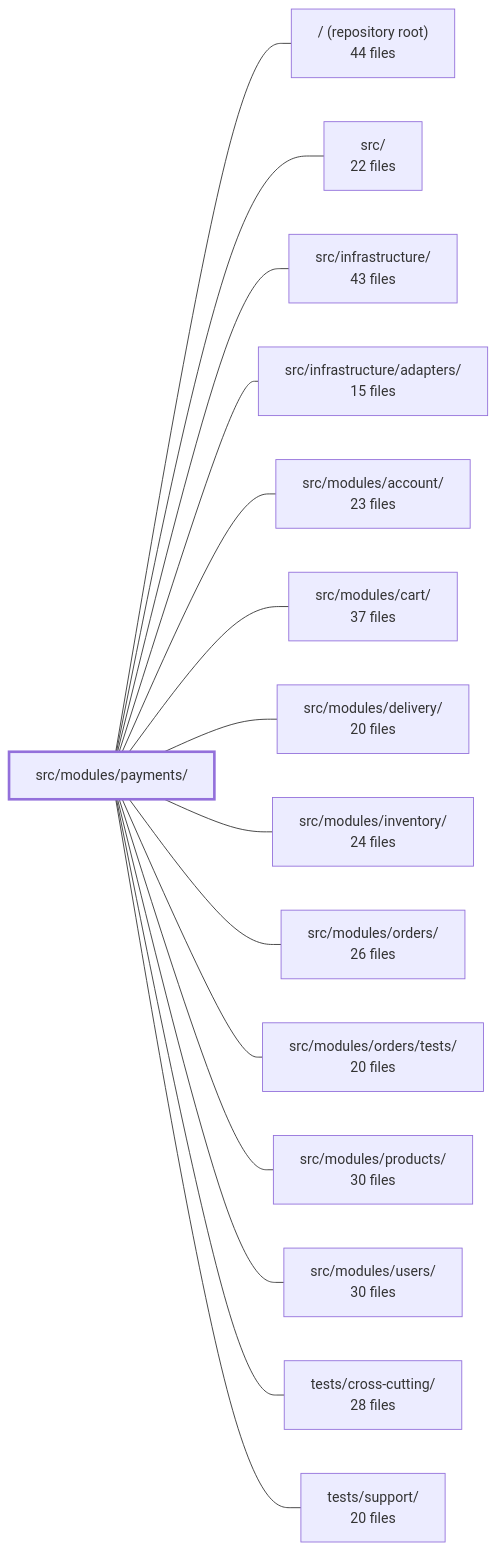
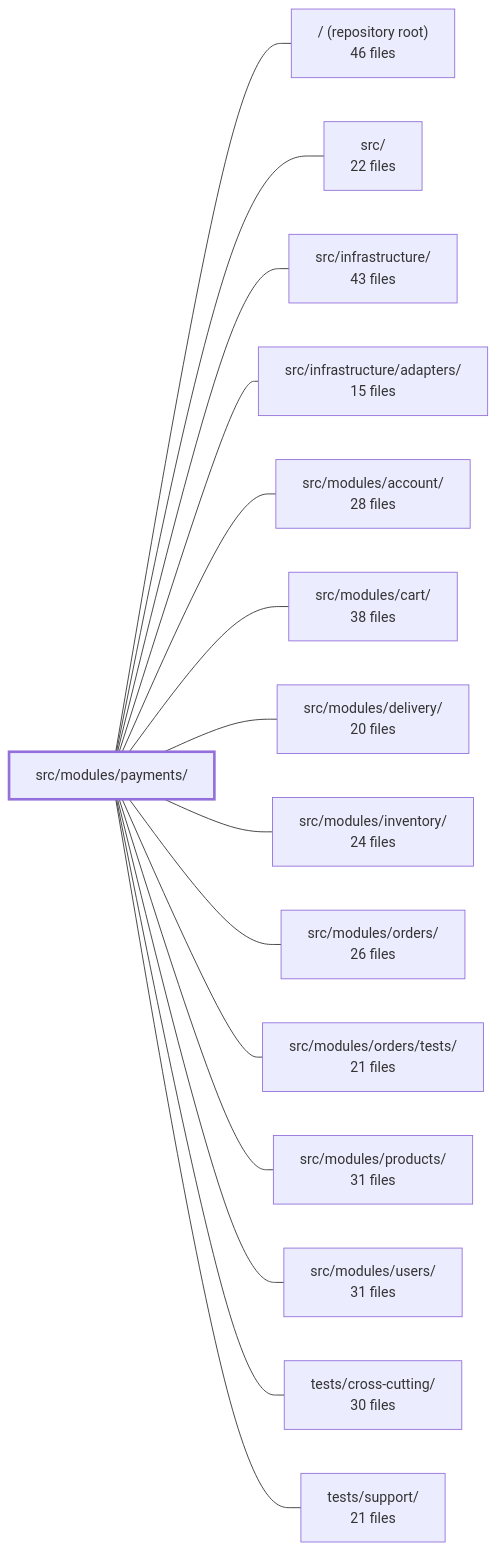
One commit to Guebbit/boilerplate-node-backend changed the diagram in .2repo/modules/boilerplate-node-backend_src_modules_payments.md. Above: the diagram before and after it, drawn with Mermaid. The commit also changed other lines of this file and 302 other files, not shown here.

First line of the commit message:
chore(2repo): refresh repo context, wiki, and architecture snapshots

````diff
--- a/.2repo/modules/boilerplate-node-backend_src_modules_payments.md
+++ b/.2repo/modules/boilerplate-node-backend_src_modules_payments.md
@@ -40,33 +41,33 @@
 ```mermaid
 flowchart LR
     m_src_modules_payments["src/modules/payments/"]
-    m_root["/ (repository root)<br/>44 files"]
+    m_root["/ (repository root)<br/>46 files"]
     m_src["src/<br/>22 files"]
     m_src_infrastructure["src/infrastructure/<br/>43 files"]
     m_src_infrastructure_adapters["src/infrastructure/adapters/<br/>15 files"]
-    m_src_modules_account["src/modules/account/<br/>23 files"]
-    m_src_modules_cart["src/modules/cart/<br/>37 files"]
+    m_src_modules_account["src/modules/account/<br/>28 files"]
+    m_src_modules_cart["src/modules/cart/<br/>38 files"]
     m_src_modules_delivery["src/modules/delivery/<br/>20 files"]
     m_src_modules_inventory["src/modules/inventory/<br/>24 files"]
     m_src_modules_orders["src/modules/orders/<br/>26 files"]
-    m_src_modules_orders_tests["src/modules/orders/tests/<br/>20 files"]
-    m_src_modules_products["src/modules/products/<br/>30 files"]
-    m_src_modules_users["src/modules/users/<br/>30 files"]
-    m_tests_cross_cutting["tests/cross-cutting/<br/>28 files"]
-    m_tests_support["tests/support/<br/>20 files"]
+    m_src_modules_orders_tests["src/modules/orders/tests/<br/>21 files"]
+    m_src_modules_products["src/modules/products/<br/>31 files"]
+    m_src_modules_users["src/modules/users/<br/>31 files"]
+    m_tests_cross_cutting["tests/cross-cutting/<br/>30 files"]
+    m_tests_support["tests/support/<br/>21 files"]
     m_src_modules_payments --- m_root
     m_src_modules_payments --- m_src
     m_src_modules_payments --- m_src_infrastructure
     m_src_modules_payments --- m_src_infrastructure_adapters
     m_src_modules_payments --- m_src_modules_account
     m_src_modules_payments --- m_src_modules_cart
     m_src_modules_payments --- m_src_modules_delivery
     m_src_modules_payments --- m_src_modules_inventory
     m_src_modules_payments --- m_src_modules_orders
     m_src_modules_payments --- m_src_modules_orders_tests
     m_src_modules_payments --- m_src_modules_products
     m_src_modules_payments --- m_src_modules_users
     m_src_modules_payments --- m_tests_cross_cutting
     m_src_modules_payments --- m_tests_support
     style m_src_modules_payments stroke-width:3px
 ```
````
